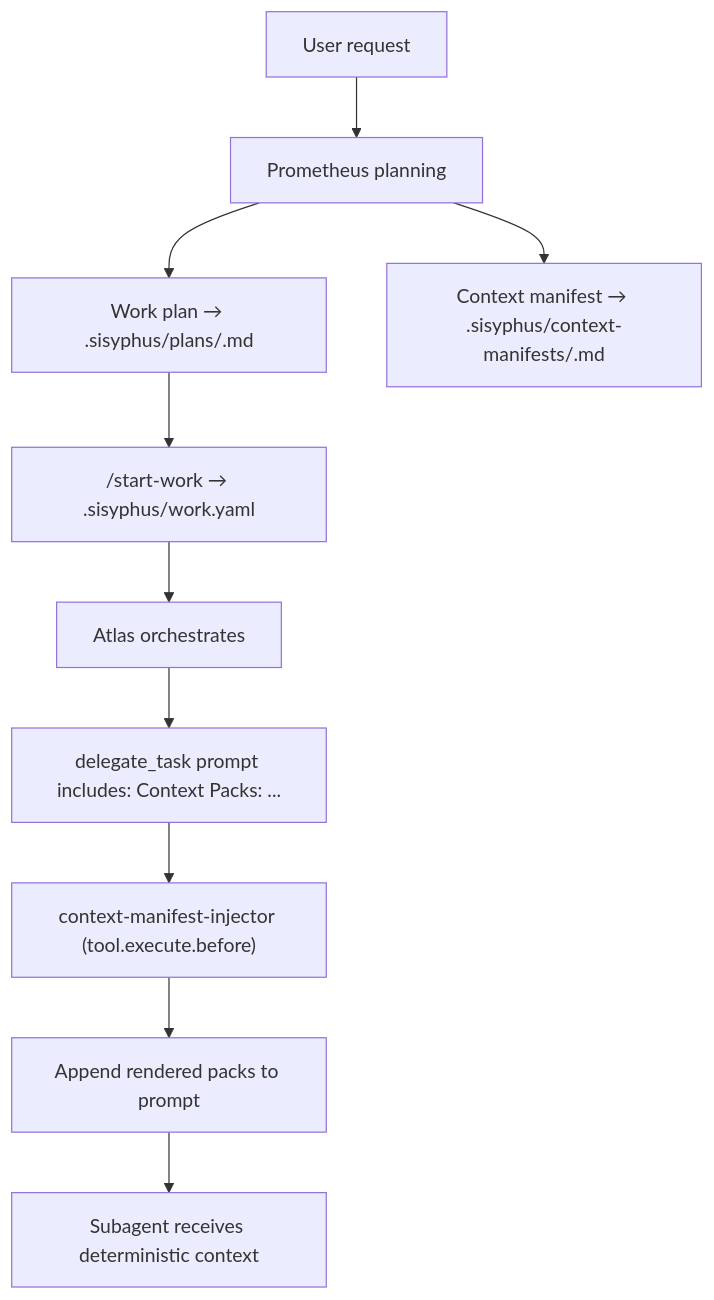
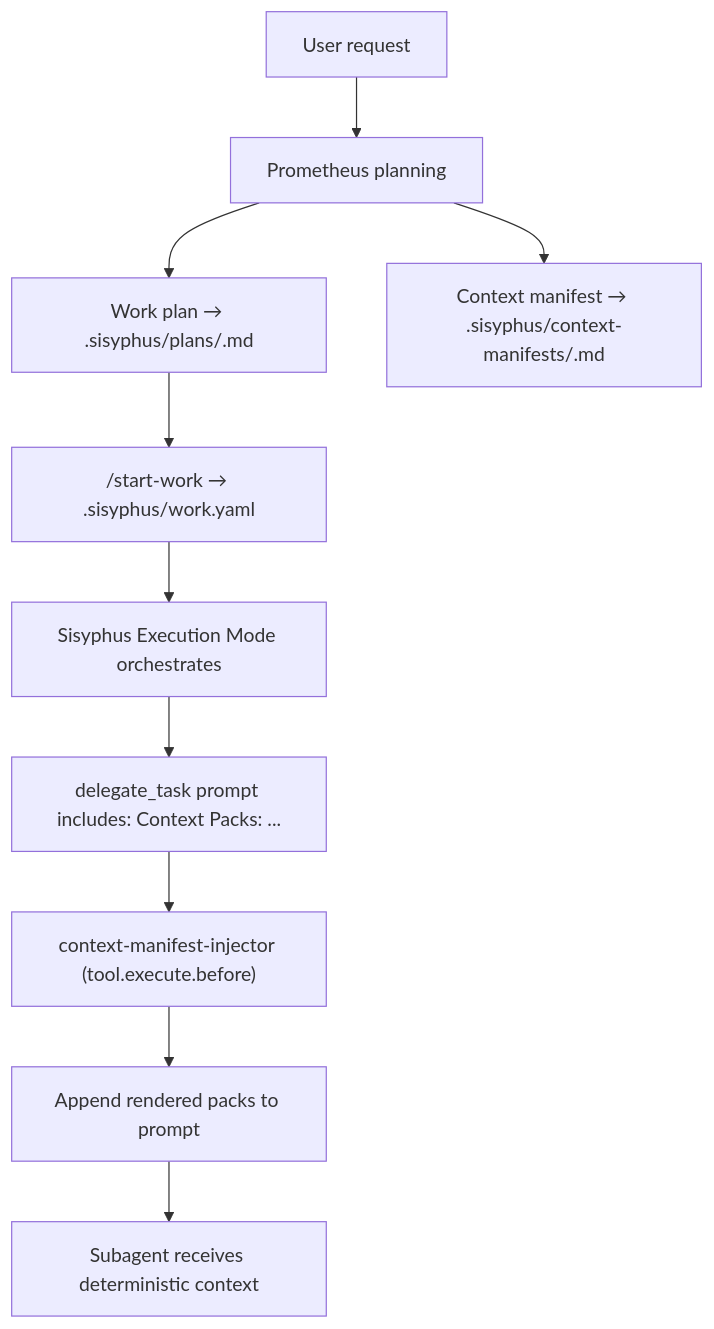
Before and after one commit to arcthur/oh-my-opencode: the diagram in docs/journeys/context-packs-and-manifests.md, drawn with Mermaid. The commit also changed other lines of this file and 100 other files, not shown here.

````diff
--- a/docs/journeys/context-packs-and-manifests.md
+++ b/docs/journeys/context-packs-and-manifests.md
@@ -14,14 +14,14 @@
 ```mermaid
 flowchart TD
   U["User request"] --> P["Prometheus planning"]
   P --> PLAN["Work plan → .sisyphus/plans/<name>.md"]
   P --> CM["Context manifest → .sisyphus/context-manifests/<name>.md"]
 
   PLAN --> SW["/start-work → .sisyphus/work.yaml"]
-  SW --> AT["Atlas orchestrates"]
+  SW --> AT["Sisyphus Execution Mode orchestrates"]
 
   AT --> DT["delegate_task prompt includes: Context Packs: ..."]
   DT --> HOOK["context-manifest-injector (tool.execute.before)"]
   HOOK --> INJ["Append rendered packs to prompt"]
   INJ --> SUB["Subagent receives deterministic context"]
 ```
````
